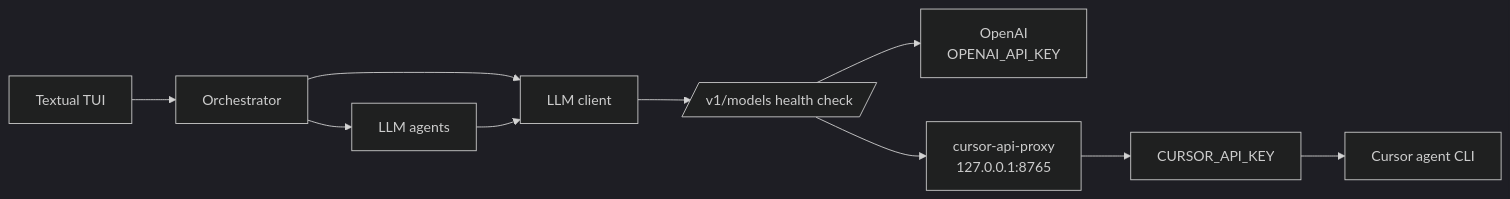
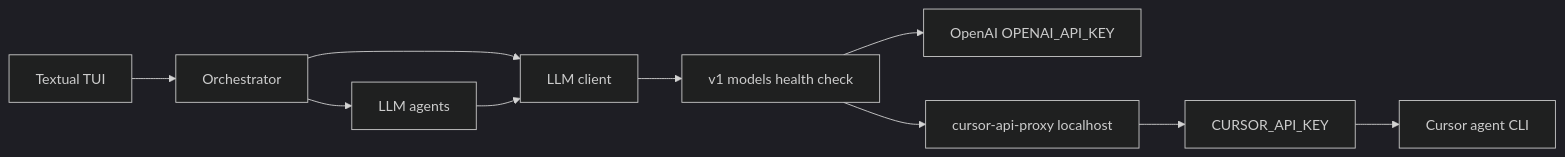
One commit to Haaparanta/AaltoAI-Ai-For-Good changed the tenth of 11 diagrams in README.md. Above: the diagram before and after it, drawn with Mermaid (dark theme). The commit also changed other lines of this file and 4 other files, not shown here.

````diff
--- a/README.md
+++ b/README.md
@@ -394,12 +392,12 @@
 ```mermaid
 flowchart LR
     TUI[Textual TUI] --> Orch[Orchestrator]
     Orch --> Client[LLM client]
-    Client --> Probe[/v1/models health check/]
-    Probe --> OAI[OpenAI\nOPENAI_API_KEY]
-    Probe --> Bridge[cursor-api-proxy\n127.0.0.1:8765]
+    Client --> Probe["v1 models health check"]
+    Probe --> OAI["OpenAI OPENAI_API_KEY"]
+    Probe --> Bridge["cursor-api-proxy localhost"]
     Bridge --> Key[CURSOR_API_KEY]
     Key --> CLI[Cursor agent CLI]
     Orch --> Agents[LLM agents]
     Agents --> Client
 ```
````
